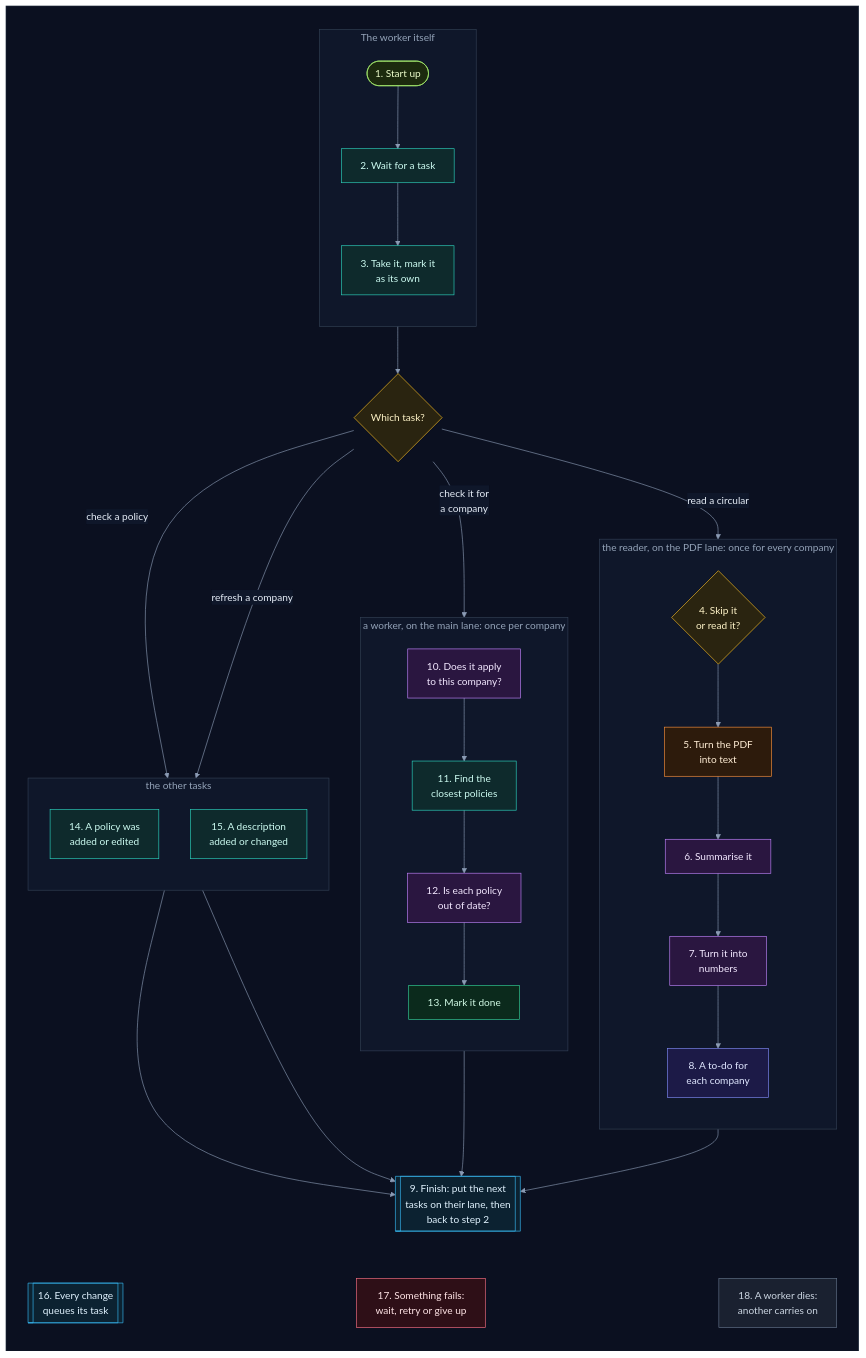
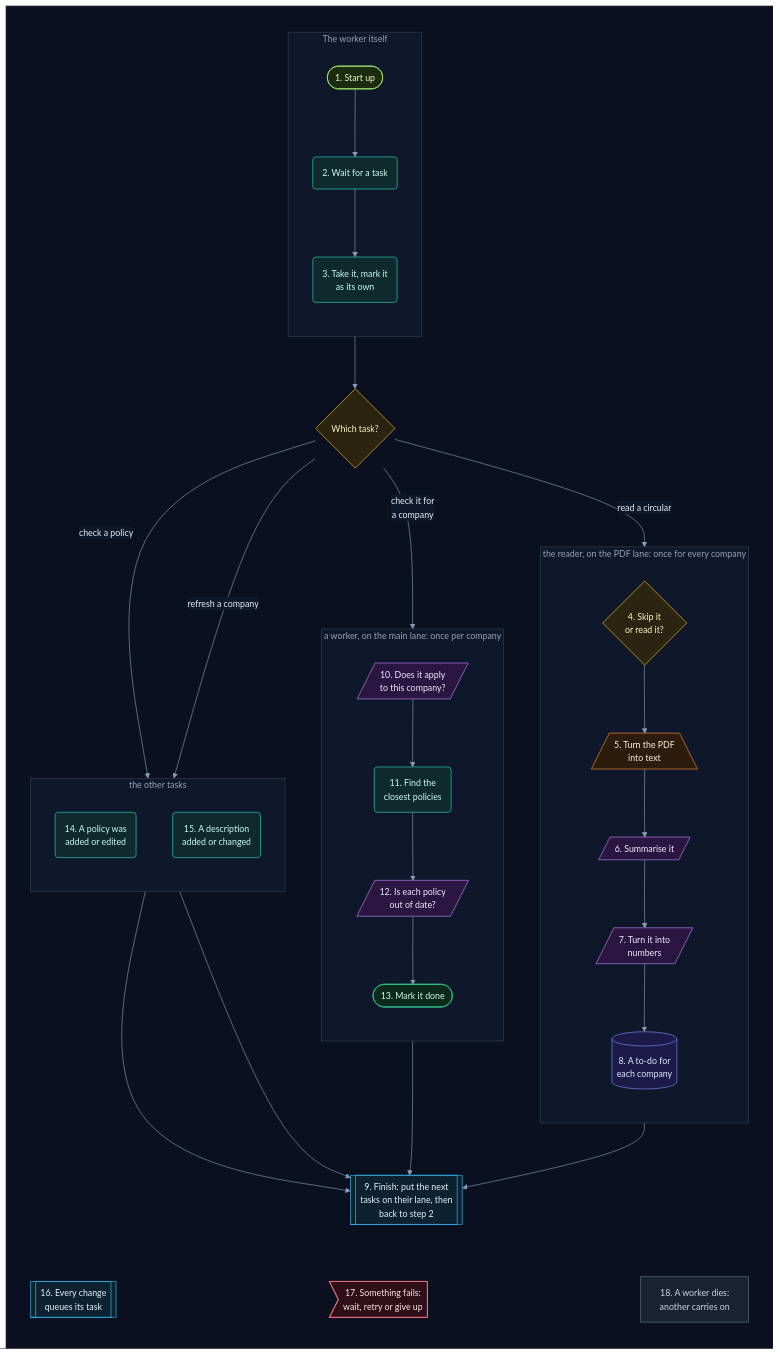
One commit to selvakumarperumal/Regulatory_Circular_Impact_Agent changed the third of 45 diagrams in backend/worker/INTERNALS.md. Above: the diagram before and after it, drawn with Mermaid. The commit also changed other lines of this file and 5 other files, not shown here.

Commit message:
Give the docs' flowcharts a shape per kind of part, more room and slightly smaller text

````diff
--- a/backend/worker/INTERNALS.md
+++ b/backend/worker/INTERNALS.md
@@ -180,71 +180,71 @@
 ```mermaid
-%%{init: {"theme": "base", "flowchart": {"diagramPadding": 0}, "themeVariables": {"darkMode": true, "primaryColor": "#16213a", "primaryTextColor": "#e6edf7", "primaryBorderColor": "#475a7a", "lineColor": "#8b9bb4", "secondaryColor": "#1b2436", "tertiaryColor": "#101a2e", "edgeLabelBackground": "#0f172a", "textColor": "#e2e8f0", "clusterBkg": "#0f1728", "clusterBorder": "#2b3a55", "titleColor": "#c4b5fd", "nodeTextColor": "#e6edf7"}}}%%
+%%{init: {"theme": "base", "flowchart": {"diagramPadding": 0, "nodeSpacing": 58, "rankSpacing": 58, "curve": "basis"}, "themeVariables": {"fontSize": "14px", "darkMode": true, "primaryColor": "#16213a", "primaryTextColor": "#e6edf7", "primaryBorderColor": "#475a7a", "lineColor": "#8b9bb4", "secondaryColor": "#1b2436", "tertiaryColor": "#101a2e", "edgeLabelBackground": "#0f172a", "textColor": "#e2e8f0", "clusterBkg": "#0f1728", "clusterBorder": "#2b3a55", "titleColor": "#c4b5fd", "nodeTextColor": "#e6edf7"}}}%%
 flowchart TD
     subgraph canvas[" "]
         direction TB
         subgraph loop["The worker itself"]
             direction TB
-            s1(["1. Start up"]) --> s2["2. Wait for a task"]
-            s2 --> s3["3. Take it, mark it<br/>as its own"]
+            s1(["1. Start up"]) --> s2("2. Wait for a task")
+            s2 --> s3("3. Take it, mark it<br/>as its own")
         end
         s3 --> kind{"Which task?"}
         subgraph read["the reader, on the PDF lane: once for every company"]
             direction TB
-            s4{"4. Skip it<br/>or read it?"} --> s5["5. Turn the PDF<br/>into text"]
-            s5 --> s6["6. Summarise it"]
-            s6 --> s7["7. Turn it into<br/>numbers"]
-            s7 --> s8["8. A to-do for<br/>each company"]
+            s4{"4. Skip it<br/>or read it?"} --> s5[/"5. Turn the PDF<br/>into text"\]
+            s5 --> s6[/"6. Summarise it"/]
+            s6 --> s7[/"7. Turn it into<br/>numbers"/]
+            s7 --> s8[("8. A to-do for<br/>each company")]
         end
         subgraph judge["a worker, on the main lane: once per company"]
             direction TB
-            s10["10. Does it apply<br/>to this company?"] --> s11["11. Find the<br/>closest policies"]
-            s11 --> s12["12. Is each policy<br/>out of date?"]
-            s12 --> s13["13. Mark it done"]
+            s10[/"10. Does it apply<br/>to this company?"/] --> s11("11. Find the<br/>closest policies")
+            s11 --> s12[/"12. Is each policy<br/>out of date?"/]
+            s12 --> s13(["13. Mark it done"])
         end
         subgraph other["the other tasks"]
             direction TB
-            s14["14. A policy was<br/>added or edited"]
-            s15["15. A description<br/>added or changed"]
+            s14("14. A policy was<br/>added or edited")
+            s15("15. A description<br/>added or changed")
         end
         kind -->|"read a circular"| s4
         kind -->|"check it for<br/>a company"| s10
         kind -->|"check a policy"| s14
         kind -->|"refresh a company"| s15
         s8 --> s9
         s13 --> s9
         s14 --> s9
         s15 --> s9
         s9[["9. Finish: put the next<br/>tasks on their lane, then<br/>back to step 2"]]
         s16[["16. Every change<br/>queues its task"]]
-        s17["17. Something fails:<br/>wait, retry or give up"]
+        s17>"17. Something fails:<br/>wait, retry or give up"]
         s18["18. A worker dies:<br/>another carries on"]
         s9 ~~~ s16
         s9 ~~~ s17
         s9 ~~~ s18
     end
     classDef svc fill:#0e2a2c,stroke:#2dd4bf,color:#ccfbf1
     classDef data fill:#1c1a47,stroke:#818cf8,color:#e0e7ff
     classDef ext fill:#2a1640,stroke:#c084fc,color:#f3e8ff
     classDef gpu fill:#2d1b0c,stroke:#fb923c,color:#ffedd5
     classDef ask fill:#2a2410,stroke:#fbbf24,color:#fef3c7
     classDef ok fill:#0b2a1c,stroke:#34d399,color:#d1fae5
     classDef bad fill:#2e0f17,stroke:#fb7185,color:#ffe4e6
     classDef start fill:#1c2a0e,stroke:#a7ef6f,color:#ecfccb
     classDef muted fill:#1a2130,stroke:#64748b,color:#cbd5e1
     classDef queue fill:#0c2231,stroke:#38bdf8,color:#e0f2fe
     class s1 start
     class s2,s3,s11,s14,s15 svc
     class kind,s4 ask
     class s5 gpu
     class s6,s7,s10,s12 ext
     class s8 data
     class s13 ok
     class s9,s16 queue
     class s17 bad
     class s18 muted
     style loop fill:#0f172a,stroke:#334155,color:#94a3b8
     style read fill:#0f172a,stroke:#334155,color:#94a3b8
     style judge fill:#0f172a,stroke:#334155,color:#94a3b8
     style other fill:#0f172a,stroke:#334155,color:#94a3b8
     style canvas fill:#0b1020,stroke:#1e293b,color:#0b1020
 ```
````
